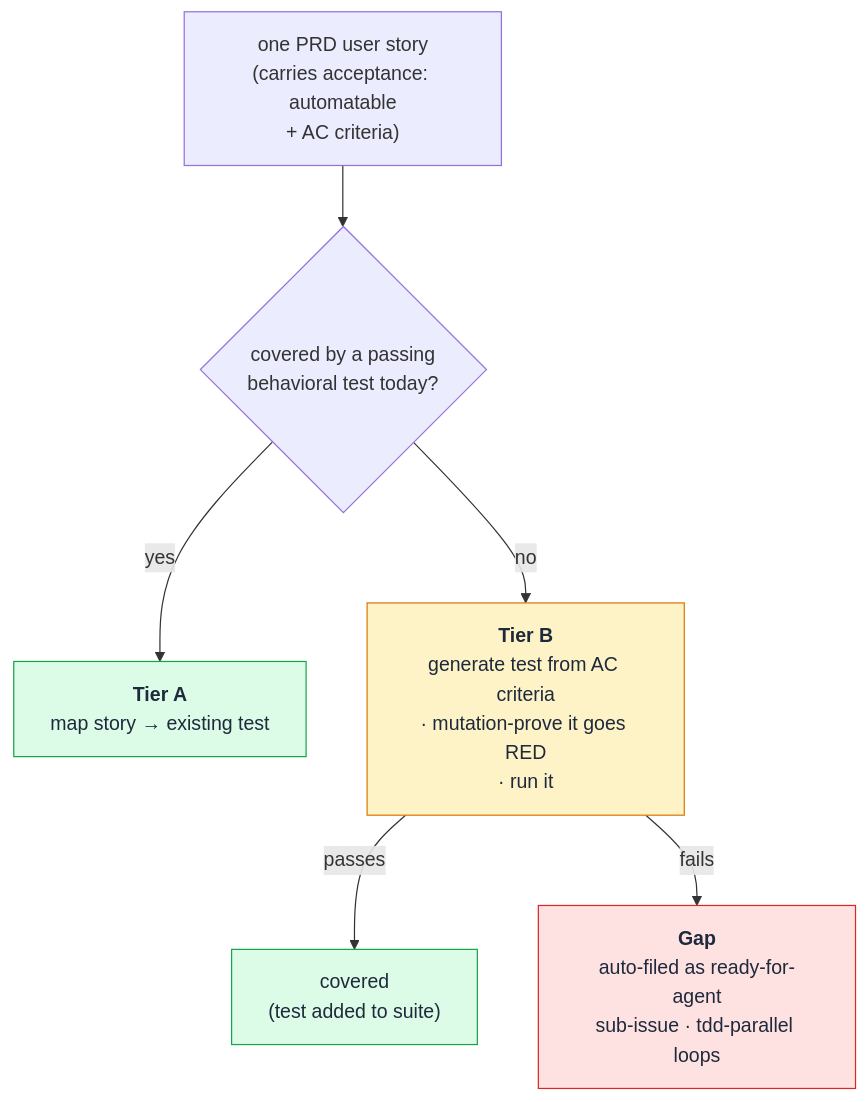
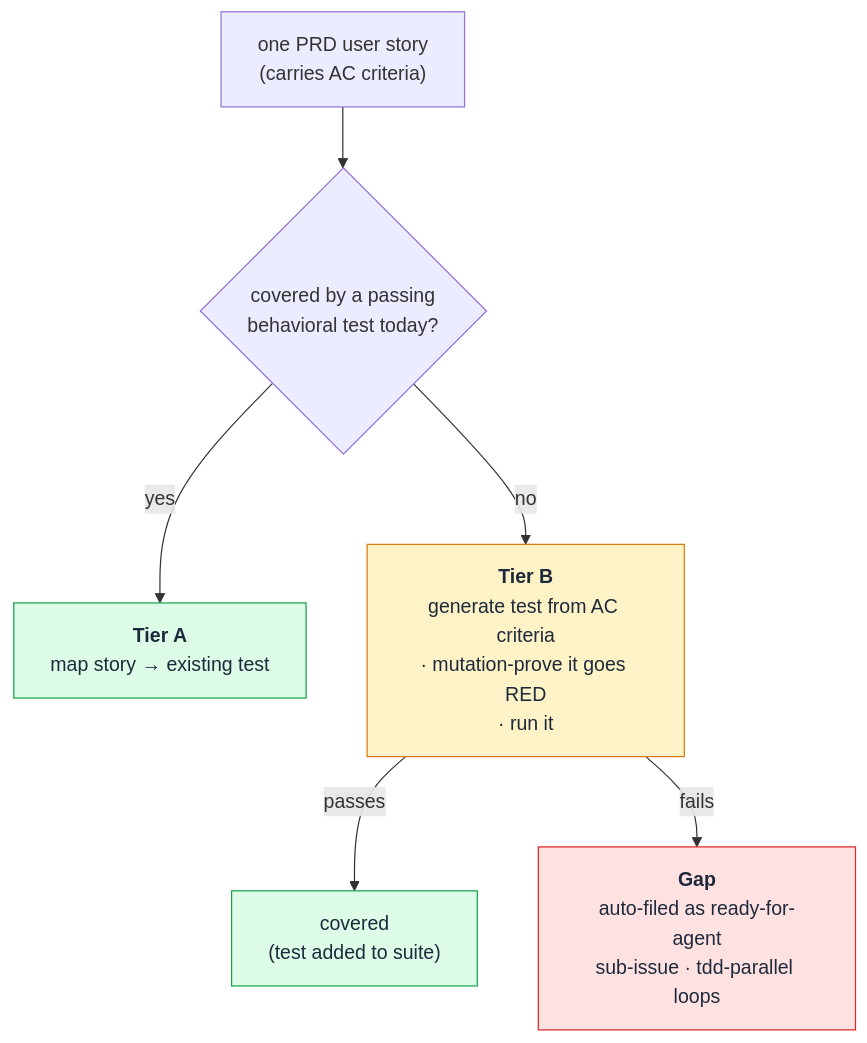
Before and after one commit to ZunoSmartLabs/zsl-superpowers: the seventh of 9 diagrams in docs/workflow.md, drawn with Mermaid. The commit also changed other lines of this file and 25 other files, not shown here.

````diff
--- a/docs/workflow.md
+++ b/docs/workflow.md
@@ -197,12 +197,12 @@
 ```mermaid
 flowchart TB
-    story["one PRD user story<br/>(carries acceptance: automatable<br/>+ AC criteria)"] --> q{"covered by a passing<br/>behavioral test today?"}
+    story["one PRD user story<br/>(carries AC criteria)"] --> q{"covered by a passing<br/>behavioral test today?"}
     q -->|"yes"| ta["`**Tier A**<br/>map story → existing test`"]:::good
     q -->|"no"| tb["`**Tier B**<br/>generate test from AC criteria<br/>· mutation-prove it goes RED<br/>· run it`"]:::ok
     tb -->|"passes"| tba["covered<br/>(test added to suite)"]:::good
     tb -->|"fails"| gap["`**Gap**<br/>auto-filed as ready-for-agent<br/>sub-issue · tdd-parallel loops`"]:::bad
 
     classDef good fill:#dcfce7,stroke:#16a34a,color:#1e293b;
     classDef ok fill:#fef3c7,stroke:#d97706,color:#1e293b;
     classDef bad fill:#fee2e2,stroke:#dc2626,color:#1e293b;
 ```
````
